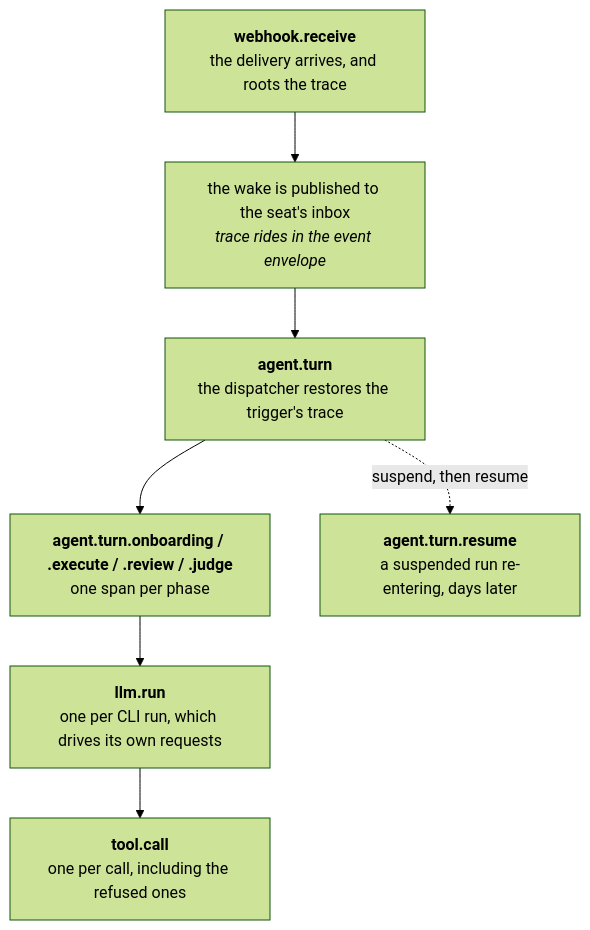
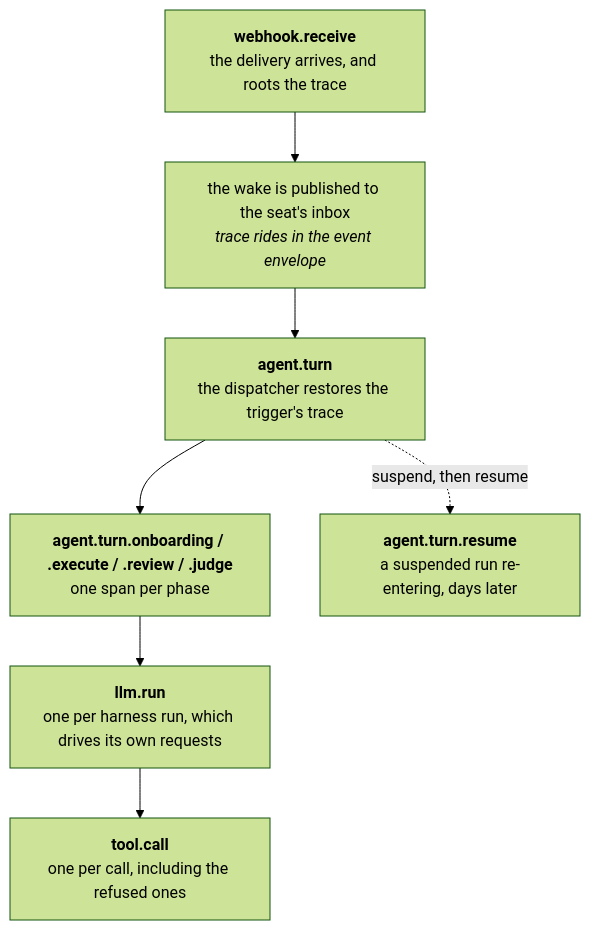
Before and after one commit to crewlet/crewlet: the diagram in docs/guides/deployment.md, drawn with Mermaid (forest theme). The commit also changed other lines of this file and 64 other files, not shown here.

First line of the commit message:
docs(docs): say harness where the docs said coding CLI

````diff
--- a/docs/guides/deployment.md
+++ b/docs/guides/deployment.md
@@ -2059,14 +2059,14 @@
 ```mermaid
 flowchart TD
     A["<b>webhook.receive</b><br/>the delivery arrives, and roots the trace"]
     B["the wake is published to the seat's inbox<br/><i>trace rides in the event envelope</i>"]
     C["<b>agent.turn</b><br/>the dispatcher restores the trigger's trace"]
     D["<b>agent.turn.onboarding / .execute / .review / .judge</b><br/>one span per phase"]
-    E["<b>llm.run</b><br/>one per CLI run, which drives its own requests"]
+    E["<b>llm.run</b><br/>one per harness run, which drives its own requests"]
     F["<b>tool.call</b><br/>one per call, including the refused ones"]
     G["<b>agent.turn.resume</b><br/>a suspended run re-entering, days later"]
     A --> B --> C --> D
     D --> E
     E --> F
     C -.->|"suspend, then resume"| G
 ```
````
